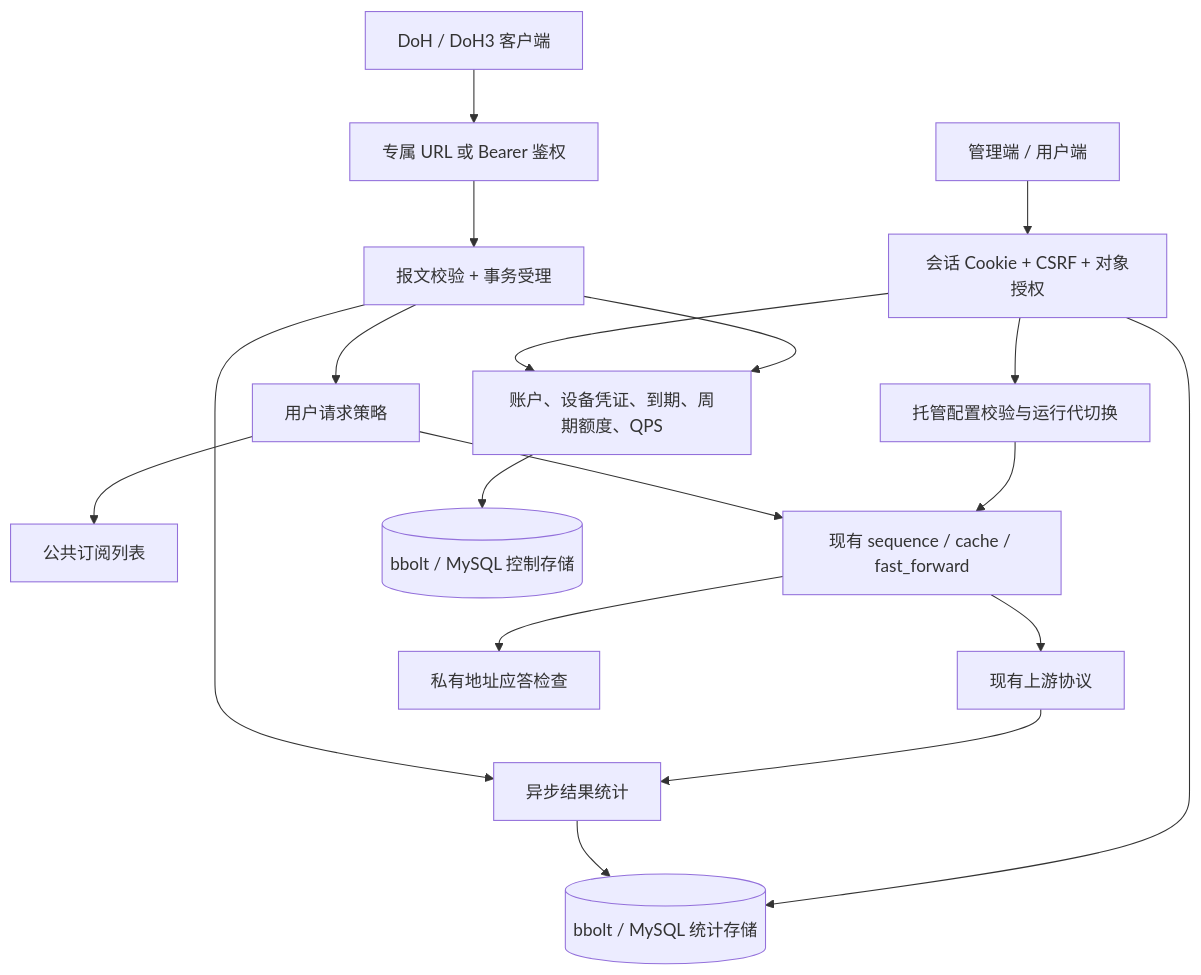
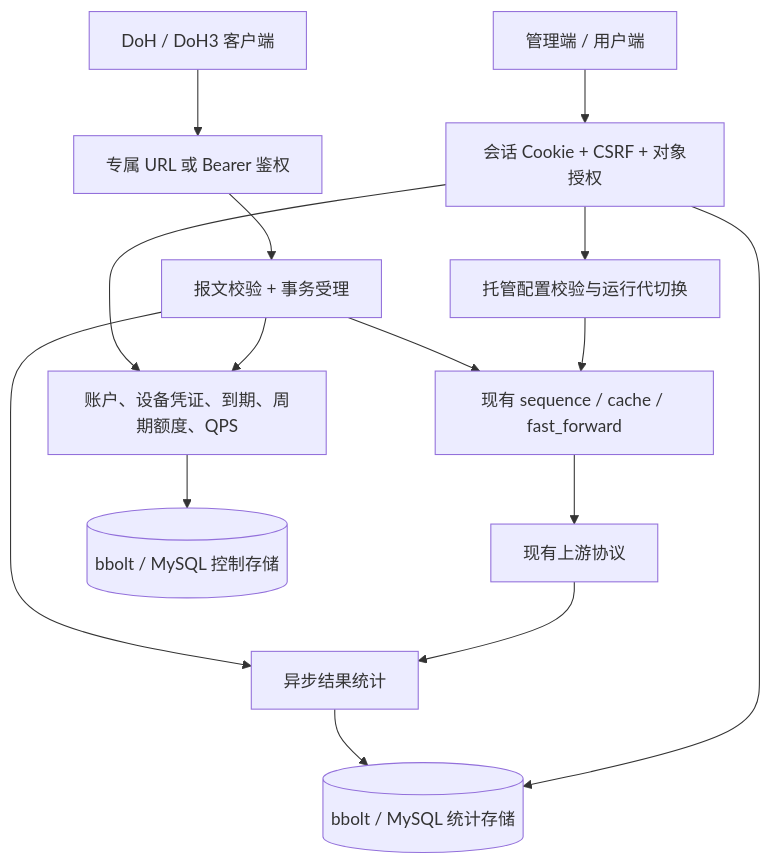
One commit to MiCat-S/mosdns-x changed the diagram in docs/service-architecture.md. Above: the diagram before and after it, drawn with Mermaid. The commit also changed other lines of this file and 80 other files, not shown here.

````diff
--- a/docs/service-architecture.md
+++ b/docs/service-architecture.md
@@ -5,20 +5,17 @@
 ```mermaid
 flowchart TD
   Panel[管理端 / 用户端] --> API[会话 Cookie + CSRF + 对象授权]
   API --> Control[账户、设备凭证、到期、周期额度、QPS]
   Client[DoH / DoH3 客户端] --> Auth[专属 URL 或 Bearer 鉴权]
   Auth --> Entry[报文校验 + 事务受理]
   Entry --> Control
-	Entry --> Policy[用户请求策略]
-	Policy --> Lists[公共订阅列表]
-	Policy --> Chain[现有 sequence / cache / fast_forward]
-	Chain --> Upstream[现有上游协议]
-	Chain --> ResponsePolicy[私有地址应答检查]
+  Entry --> Chain[现有 sequence / cache / fast_forward]
+  Chain --> Upstream[现有上游协议]
   Entry --> Stats[异步结果统计]
   Upstream --> Stats
   Control --> DB[(bbolt / MySQL 控制存储)]
   Stats --> SDB[(bbolt / MySQL 统计存储)]
   API --> SDB
-	API --> Runtime[托管配置校验与运行代切换]
-	Runtime --> Chain
+  API --> Runtime[托管配置校验与运行代切换]
+  Runtime --> Chain
 ```
````
